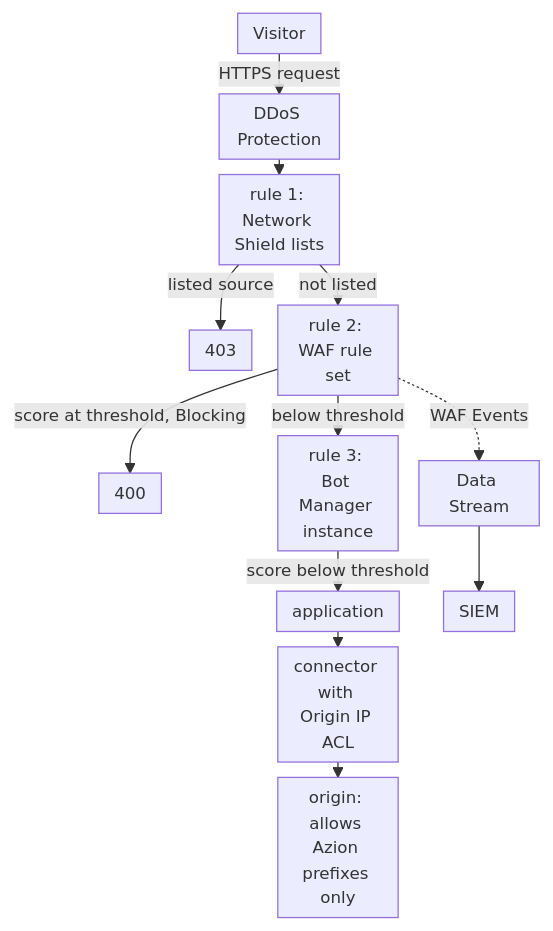
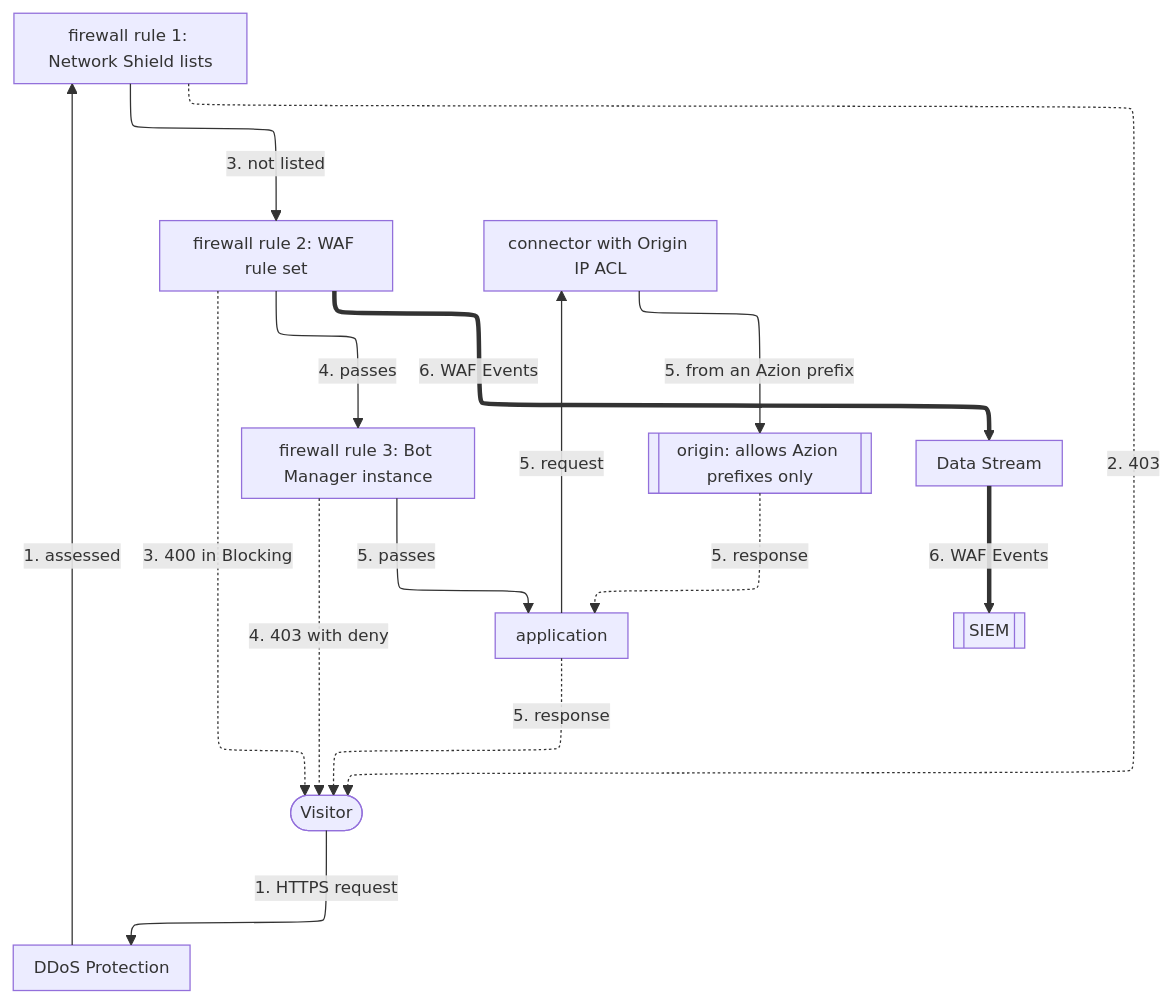
The diagram in apps/docs/src/content/docs/en/pages/use-cases/secure-applications-and-networks/protect-web-applications-from-owasp-top-10-and-zero-day-attacks.mdx (aziontech/docs), drawn with Mermaid before and after one commit. The commit also changed other lines of this file and 55 other files, not shown here.

Commit message:
docs(use-cases): redraw the use-case diagrams with the way back and check their claims (#2509)

````diff
--- a/apps/docs/src/content/docs/en/pages/use-cases/secure-applications-and-networks/protect-web-applications-from-owasp-top-10-and-zero-day-attacks.mdx
+++ b/apps/docs/src/content/docs/en/pages/use-cases/secure-applications-and-networks/protect-web-applications-from-owasp-top-10-and-zero-day-attacks.mdx
@@ -47,15 +49,28 @@
 ```mermaid
-%%{init: {"layout": "dagre", "themeVariables": {"fontSize": "13px"}, "flowchart": {"nodeSpacing": 12, "rankSpacing": 12, "padding": 6, "wrappingWidth": 70, "minNodeWidth": 40, "useMaxWidth": true}}}%%
+%%{init: {"layout": "elk", "themeVariables": {"fontSize": "13px"}, "flowchart": {"nodeSpacing": 24, "rankSpacing": 36, "padding": 8, "wrappingWidth": 150, "useMaxWidth": true}, "sequence": {"width": 120, "actorMargin": 30, "useMaxWidth": true}}}%%
 flowchart TD
-  Visitor["Visitor"] -->|"HTTPS request"| DDoS["DDoS Protection"]
-  DDoS --> Net["rule 1: Network Shield lists"]
-  Net -->|"listed source"| Deny["403"]
-  Net -->|"not listed"| WAF["rule 2: WAF rule set"]
-  WAF -->|"score at threshold, Blocking"| Bad["400"]
-  WAF -->|"below threshold"| Bot["rule 3: Bot Manager instance"]
-  Bot -->|"score below threshold"| App["application"]
-  App --> Conn["connector with Origin IP ACL"]
-  Conn --> Origin["origin: allows Azion prefixes only"]
-  WAF -.->|"WAF Events"| Stream["Data Stream"]
-  Stream --> SIEM["SIEM"]
+  Visitor(["Visitor"])
+  DDoS["DDoS Protection"]
+  Net["firewall rule 1: Network Shield lists"]
+  WAF["firewall rule 2: WAF rule set"]
+  Bot["firewall rule 3: Bot Manager instance"]
+  App["application"]
+  Conn["connector with Origin IP ACL"]
+  Origin[["origin: allows Azion prefixes only"]]
+  Stream["Data Stream"]
+  SIEM[["SIEM"]]
+  Visitor -->|"1. HTTPS request"| DDoS
+  DDoS -->|"1. assessed"| Net
+  Net -->|"3. not listed"| WAF
+  WAF -->|"4. passes"| Bot
+  Bot -->|"5. passes"| App
+  App -->|"5. request"| Conn
+  Conn -->|"5. from an Azion prefix"| Origin
+  Origin -.->|"5. response"| App
+  App -.->|"5. response"| Visitor
+  Net -.->|"2. 403"| Visitor
+  WAF -.->|"3. 400 in Blocking"| Visitor
+  Bot -.->|"4. 403 with deny"| Visitor
+  WAF ==>|"6. WAF Events"| Stream
+  Stream ==>|"6. WAF Events"| SIEM
 ```
````
